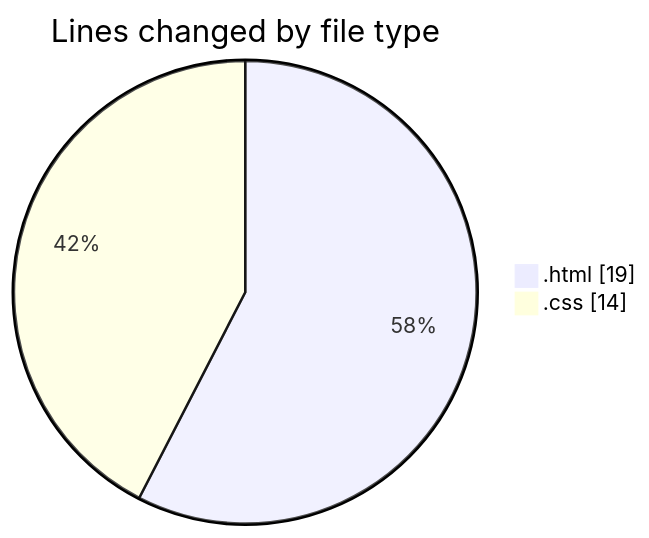
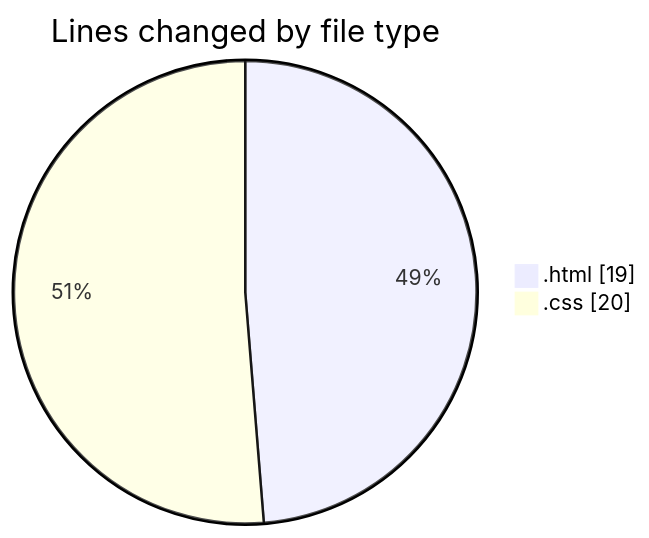
The first of 2 diagrams in 2025-01-10/primeiro-site/README.md (robertbonfada/code-tracking), drawn with Mermaid before and after one commit. The commit also changed other lines of this file and 1 other file, not shown here.

````diff
--- a/2025-01-10/primeiro-site/README.md
+++ b/2025-01-10/primeiro-site/README.md
@@ -22,6 +22,6 @@
 ```mermaid
 pie showData
 title Lines changed by file type
 ".html" : 19
-".css" : 14
+".css" : 20
 ```
````
